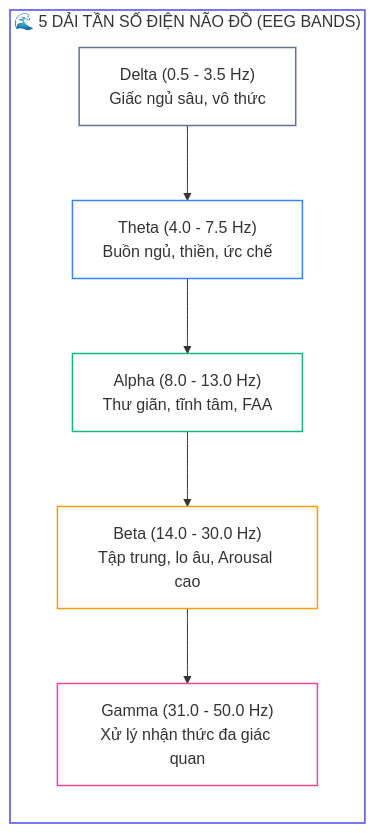
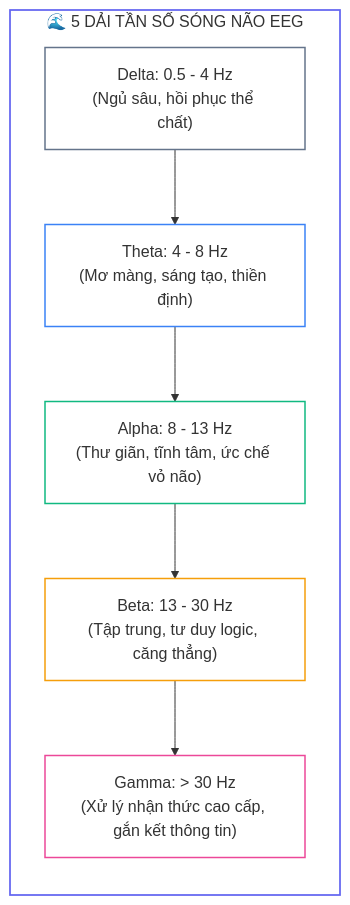
Before and after one commit to kiennt308/ntk: the third of 5 diagrams in _posts/2026-09-16-eeg-01-01-tong-quan-ve-cam-xuc-va-tin-hieu-y-sinh.md, drawn with Mermaid. The commit also changed other lines of this file and 7 other files, not shown here.

````diff
--- a/_posts/2026-09-16-eeg-01-01-tong-quan-ve-cam-xuc-va-tin-hieu-y-sinh.md
+++ b/_posts/2026-09-16-eeg-01-01-tong-quan-ve-cam-xuc-va-tin-hieu-y-sinh.md
@@ -190,20 +115,20 @@
 ```mermaid
 flowchart LR
-    subgraph BANDS["🌊 5 DẢI TẦN SỐ ĐIỆN NÃO ĐỒ (EEG BANDS)"]
+    subgraph BANDS["🌊 5 DẢI TẦN SỐ SÓNG NÃO EEG"]
         direction TB
-        D["Delta (0.5 - 3.5 Hz)<br/>Giấc ngủ sâu, vô thức"]
-        T["Theta (4.0 - 7.5 Hz)<br/>Buồn ngủ, thiền, ức chế"]
-        A["Alpha (8.0 - 13.0 Hz)<br/>Thư giãn, tĩnh tâm, FAA"]
-        B["Beta (14.0 - 30.0 Hz)<br/>Tập trung, lo âu, Arousal cao"]
-        G["Gamma (31.0 - 50.0 Hz)<br/>Xử lý nhận thức đa giác quan"]
+        D["Delta: 0.5 - 4 Hz<br/>(Ngủ sâu, hồi phục thể chất)"]
+        T["Theta: 4 - 8 Hz<br/>(Mơ màng, sáng tạo, thiền định)"]
+        A["Alpha: 8 - 13 Hz<br/>(Thư giãn, tĩnh tâm, ức chế vỏ não)"]
+        B["Beta: 13 - 30 Hz<br/>(Tập trung, tư duy logic, căng thẳng)"]
+        G["Gamma: > 30 Hz<br/>(Xử lý nhận thức cao cấp, gắn kết thông tin)"]
     end
 
     D --> T --> A --> B --> G
 
     style BANDS fill:none,stroke:#6366f1,stroke-width:1.75px
     style D fill:none,stroke:#64748b,stroke-width:1.5px
     style T fill:none,stroke:#3b82f6,stroke-width:1.5px
     style A fill:none,stroke:#10b981,stroke-width:1.5px
     style B fill:none,stroke:#f59e0b,stroke-width:1.5px
     style G fill:none,stroke:#ec4899,stroke-width:1.5px
 ```
````
